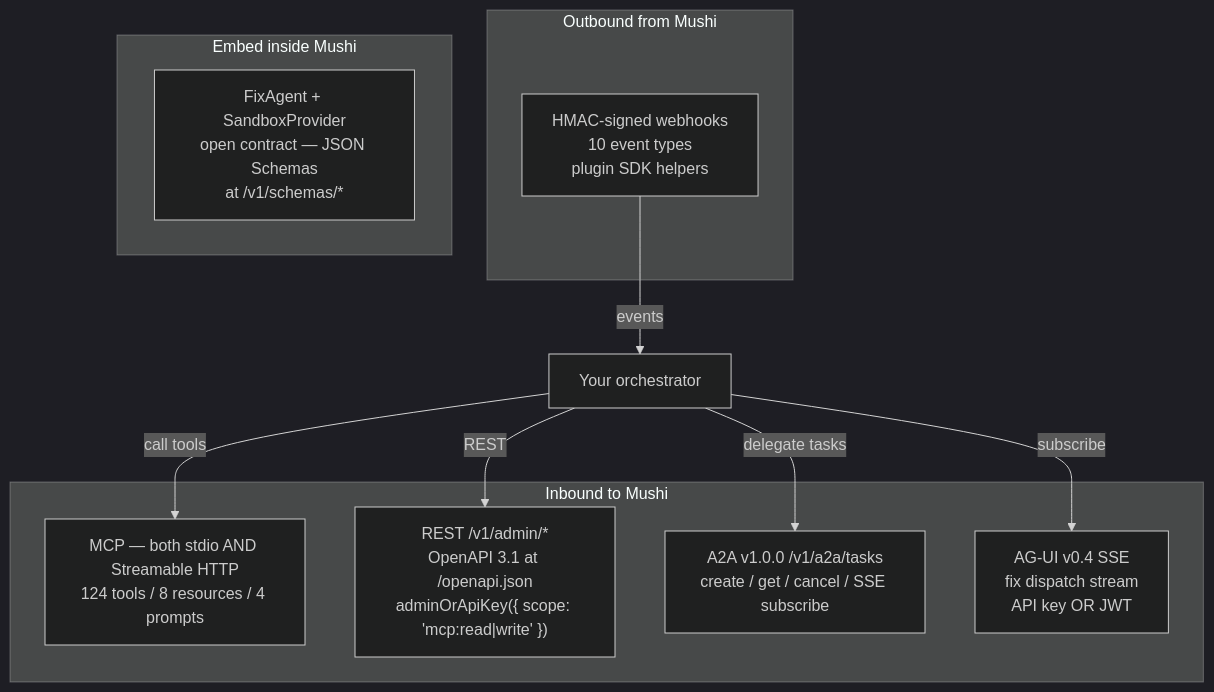
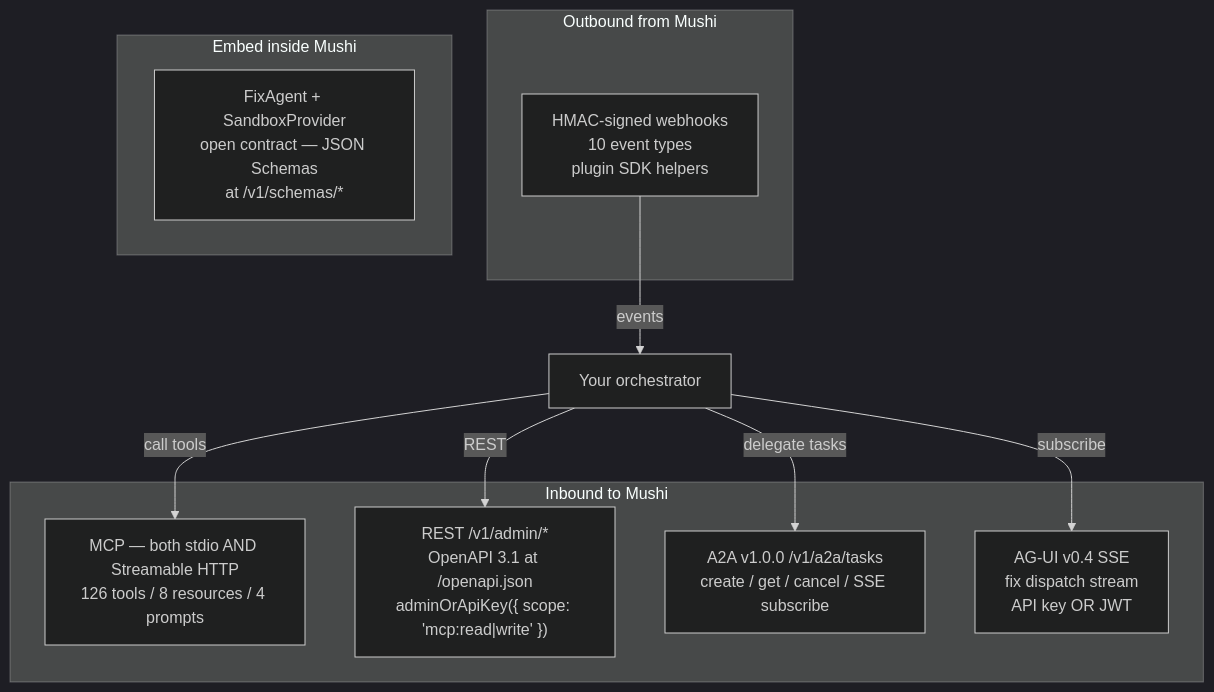
Before and after one commit to kensaurus/mushi-mushi: the diagram in apps/docs/content/concepts/orchestrator-interop.mdx, drawn with Mermaid (dark theme). The commit also changed other lines of this file and 351 other files, not shown here.

````diff
--- a/apps/docs/content/concepts/orchestrator-interop.mdx
+++ b/apps/docs/content/concepts/orchestrator-interop.mdx
@@ -32,20 +32,20 @@
 ```mermaid
 flowchart TB
   subgraph Inbound["Inbound to Mushi"]
-    MCP["MCP — both stdio AND Streamable HTTP<br/>124 tools / 8 resources / 4 prompts"]
+    MCP["MCP — both stdio AND Streamable HTTP<br/>126 tools / 8 resources / 4 prompts"]
     REST["REST /v1/admin/*<br/>OpenAPI 3.1 at /openapi.json<br/>adminOrApiKey({ scope: 'mcp:read|write' })"]
     A2A["A2A v1.0.0 /v1/a2a/tasks<br/>create / get / cancel / SSE subscribe"]
     AGUI["AG-UI v0.4 SSE<br/>fix dispatch stream<br/>API key OR JWT"]
   end
   subgraph Outbound["Outbound from Mushi"]
     Hooks["HMAC-signed webhooks<br/>10 event types<br/>plugin SDK helpers"]
   end
   subgraph Native["Embed inside Mushi"]
     FA["FixAgent + SandboxProvider<br/>open contract — JSON Schemas<br/>at /v1/schemas/*"]
   end
   Orch["Your orchestrator"] -->|"call tools"| MCP
   Orch -->|"REST"| REST
   Orch -->|"delegate tasks"| A2A
   Orch -->|"subscribe"| AGUI
   Hooks -->|"events"| Orch
 ```
````
